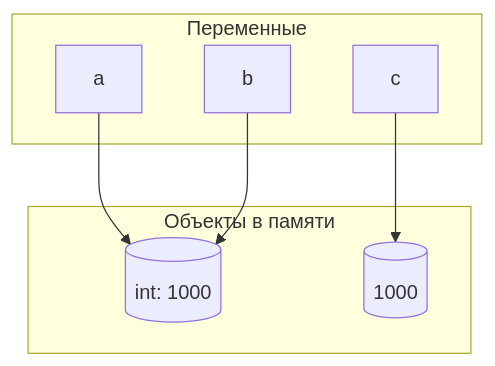
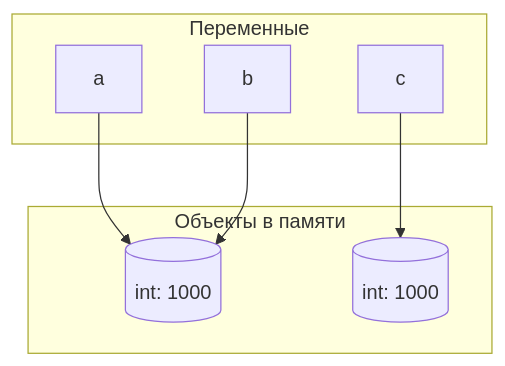
Before and after one commit to atsa-tech/Programming-Basic.-Lab-Work: the first of 2 diagrams in lab1/REPORT.md, drawn with Mermaid. The commit also changed other lines of this file, not shown here.

````diff
--- a/lab1/REPORT.md
+++ b/lab1/REPORT.md
@@ -53,17 +54,17 @@
 ```mermaid
 graph TD
     subgraph Переменные
         name_a[a]
         name_b[b]
         name_c[c]
     end
 
     subgraph Объекты в памяти
         obj_1[(int: 1000)]
-        obj_2[(1000)]
+        obj_2[(int: 1000)]
     end
 
     name_a --> obj_1
     name_b --> obj_1
     name_c --> obj_2
 ```
````
